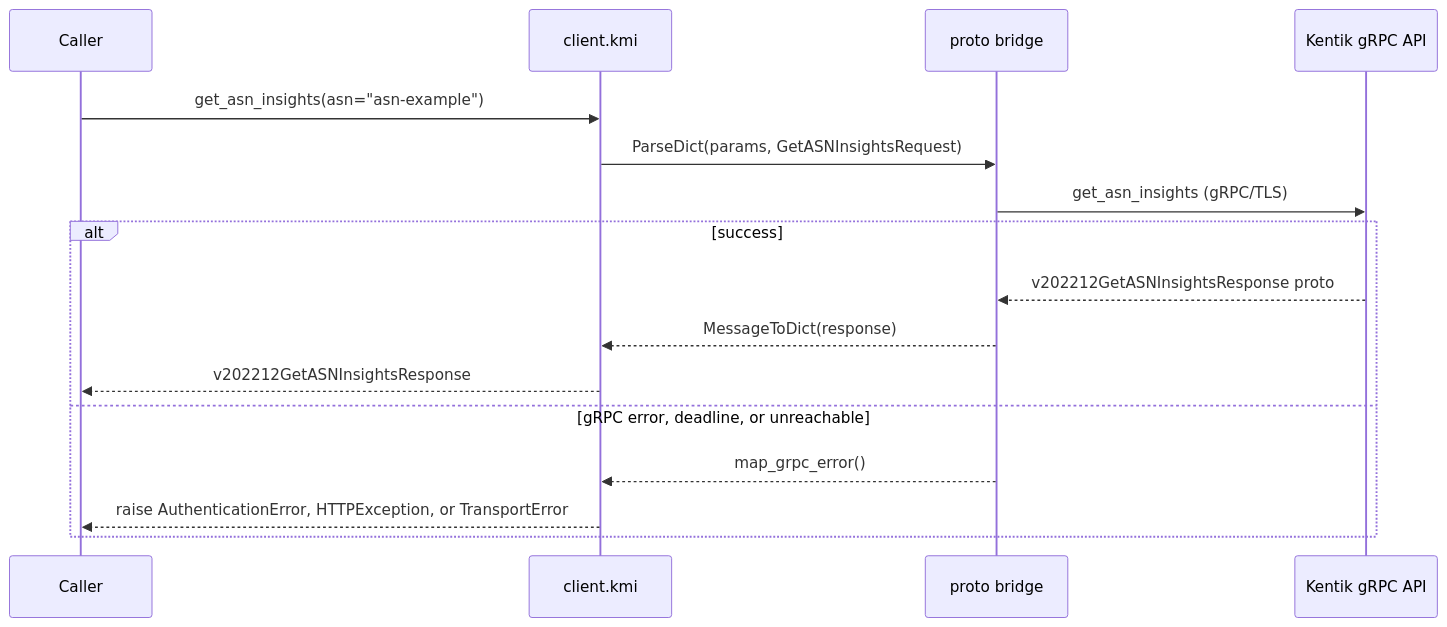
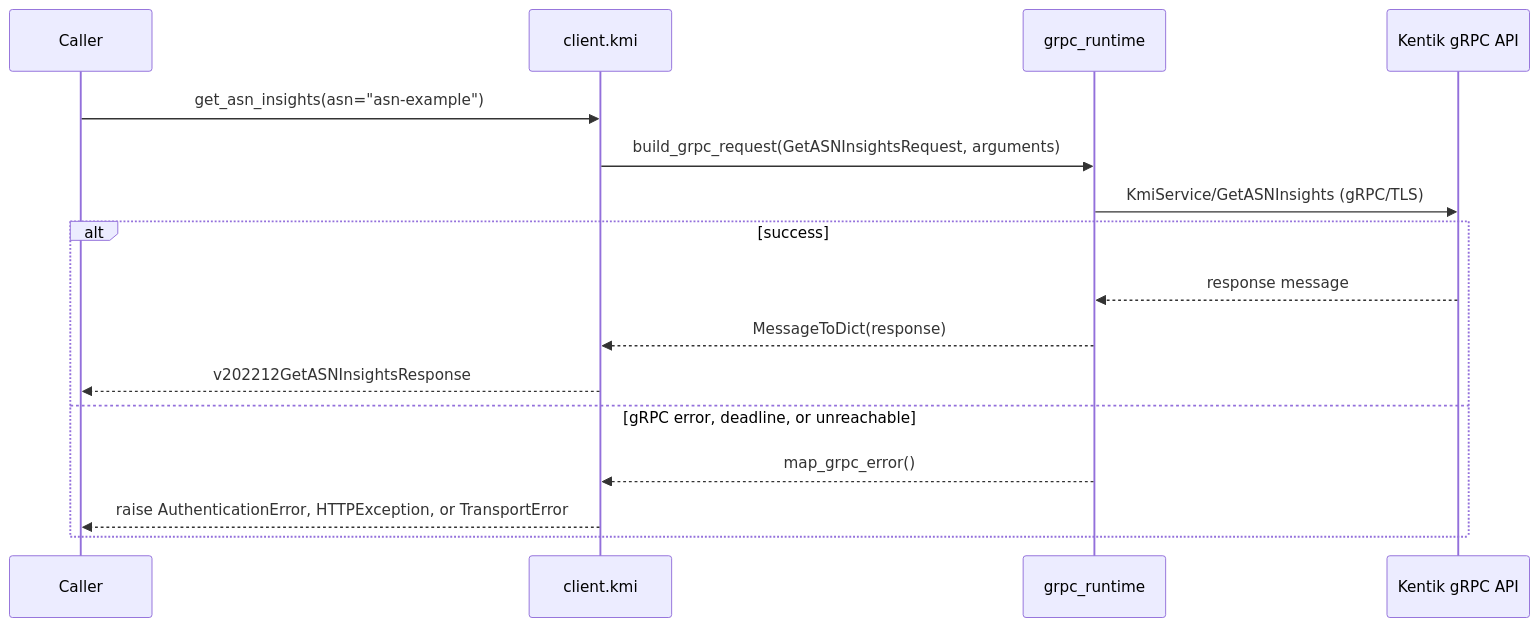
Before and after one commit to alexdearaujo/community_sdk_python: the fifth of 12 diagrams in docs/sphinx/services/kmi.md, drawn with Mermaid. The commit also changed other lines of this file and 37 other files, not shown here.

First line of the commit message:
docs: show the real RPC in each service page's gRPC diagram

````diff
--- a/docs/sphinx/services/kmi.md
+++ b/docs/sphinx/services/kmi.md
@@ -138,19 +138,19 @@
 ```mermaid
 sequenceDiagram
     participant C as Caller
     participant W as client.kmi
-    participant B as proto bridge
+    participant R as grpc_runtime
     participant API as Kentik gRPC API
 
     C->>W: get_asn_insights(asn="asn-example")
-    W->>B: ParseDict(params, GetASNInsightsRequest)
-    B->>API: get_asn_insights (gRPC/TLS)
+    W->>R: build_grpc_request(GetASNInsightsRequest, arguments)
+    R->>API: KmiService/GetASNInsights (gRPC/TLS)
     alt success
-        API-->>B: v202212GetASNInsightsResponse proto
-        B-->>W: MessageToDict(response)
+        API-->>R: response message
+        R-->>W: MessageToDict(response)
         W-->>C: v202212GetASNInsightsResponse
     else gRPC error, deadline, or unreachable
-        B-->>W: map_grpc_error()
+        R-->>W: map_grpc_error()
         W-->>C: raise AuthenticationError, HTTPException, or TransportError
     end
 ```
````
